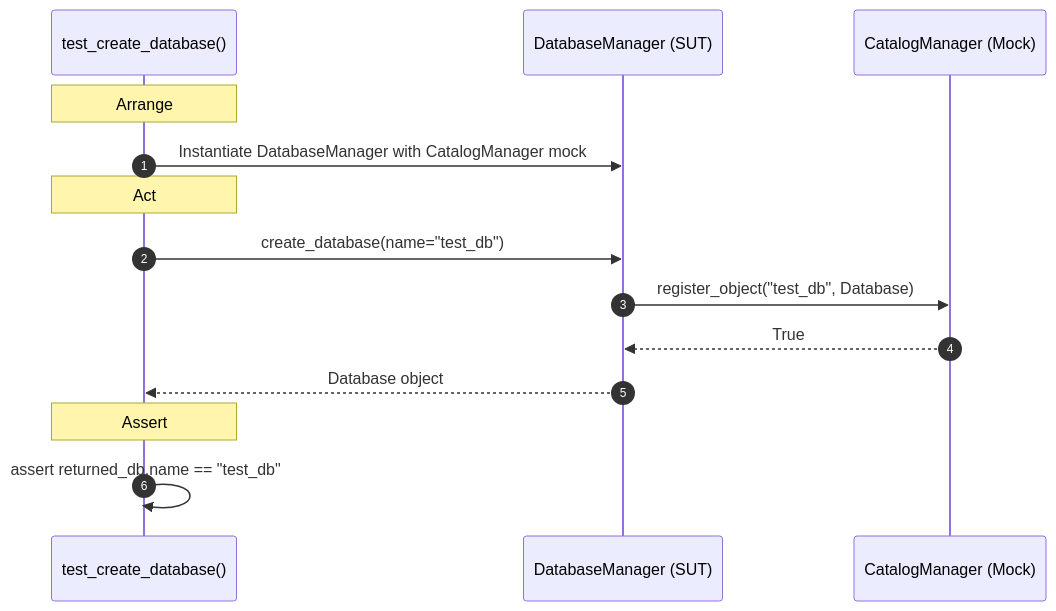
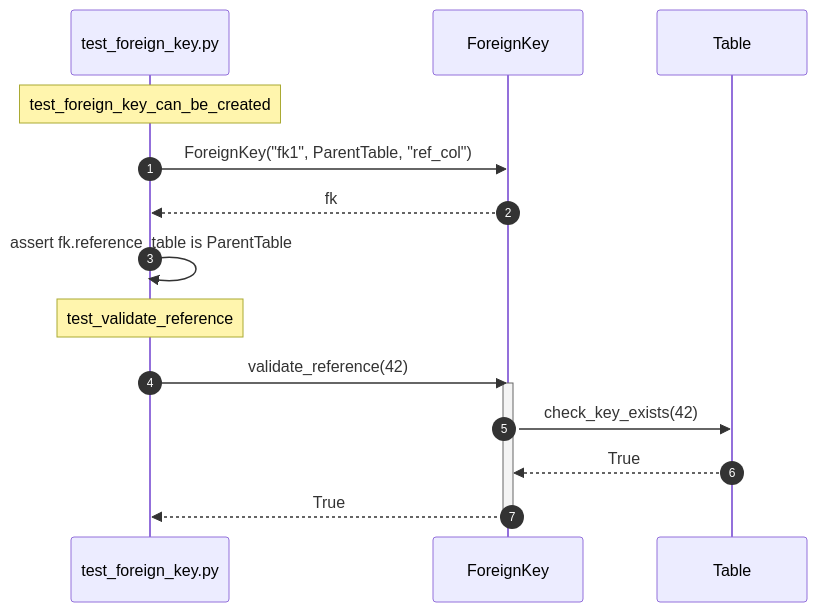
Before and after one commit to taitran501/DBMS: the eighth of 16 diagrams in diagrams/sequence/database_object.md, drawn with Mermaid. The commit also changed other lines of this file and 5 other files, not shown here.

Commit message:
docs: udpate sequence unit test diagrams

````diff
--- a/diagrams/sequence/database_object.md
+++ b/diagrams/sequence/database_object.md
@@ -10,19 +311,20 @@
 ```mermaid
 sequenceDiagram
     autonumber
-    participant Test as test_create_database()
-    participant DBM as DatabaseManager (SUT)
-    participant Catalog as CatalogManager (Mock)
+    participant Test as test_foreign_key.py
+    participant SUT as ForeignKey
+    participant ParentTable as Table
 
-    Note over Test: Arrange
-    Test->>DBM: Instantiate DatabaseManager with CatalogManager mock
+    Note over Test: test_foreign_key_can_be_created
+    Test->>SUT: ForeignKey("fk1", ParentTable, "ref_col")
+    SUT-->>Test: fk
+    Test->>Test: assert fk.reference_table is ParentTable
 
-    Note over Test: Act
-    Test->>DBM: create_database(name="test_db")
-    DBM->>Catalog: register_object("test_db", Database)
-    Catalog-->>DBM: True
-    DBM-->>Test: Database object
-
-    Note over Test: Assert
-    Test->>Test: assert returned_db.name == "test_db"
+    Note over Test: test_validate_reference
+    Test->>SUT: validate_reference(42)
+    activate SUT
+    SUT->>ParentTable: check_key_exists(42)
+    ParentTable-->>SUT: True
+    SUT-->>Test: True
+    deactivate SUT
 ```
````
